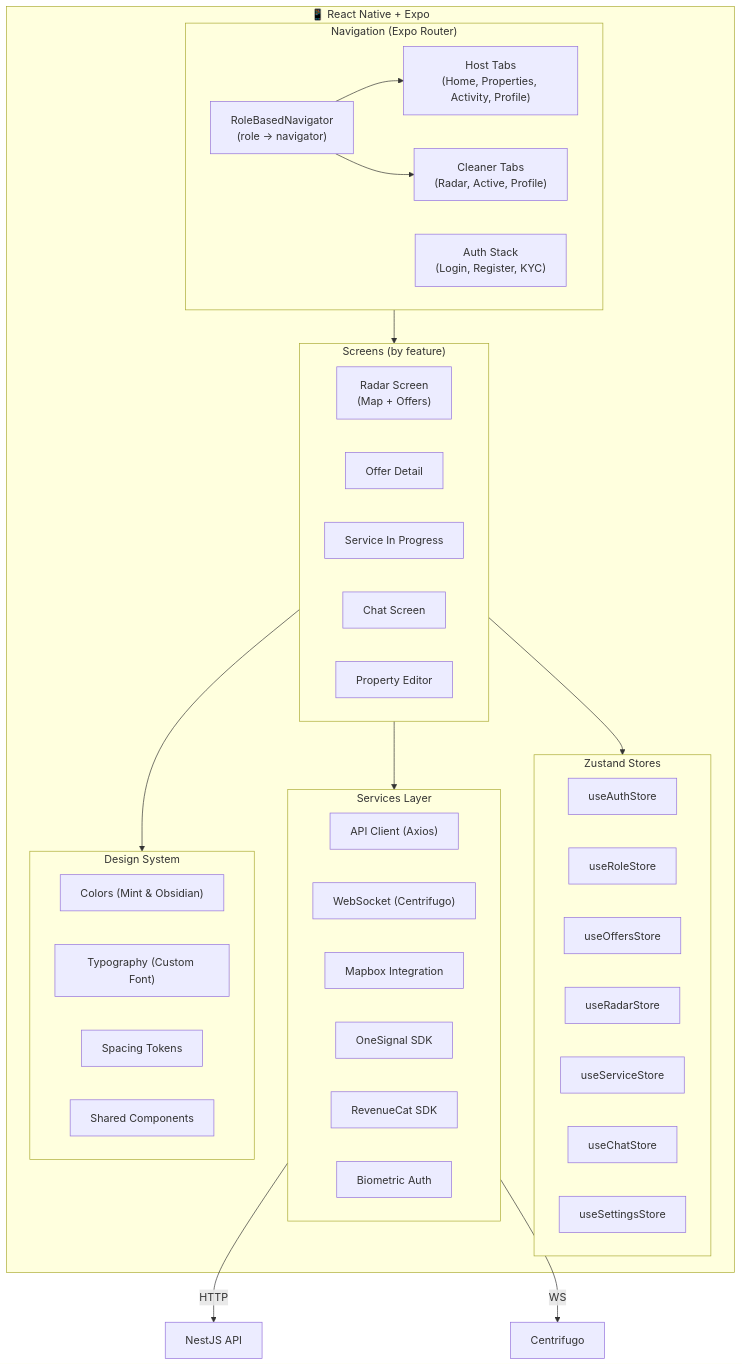
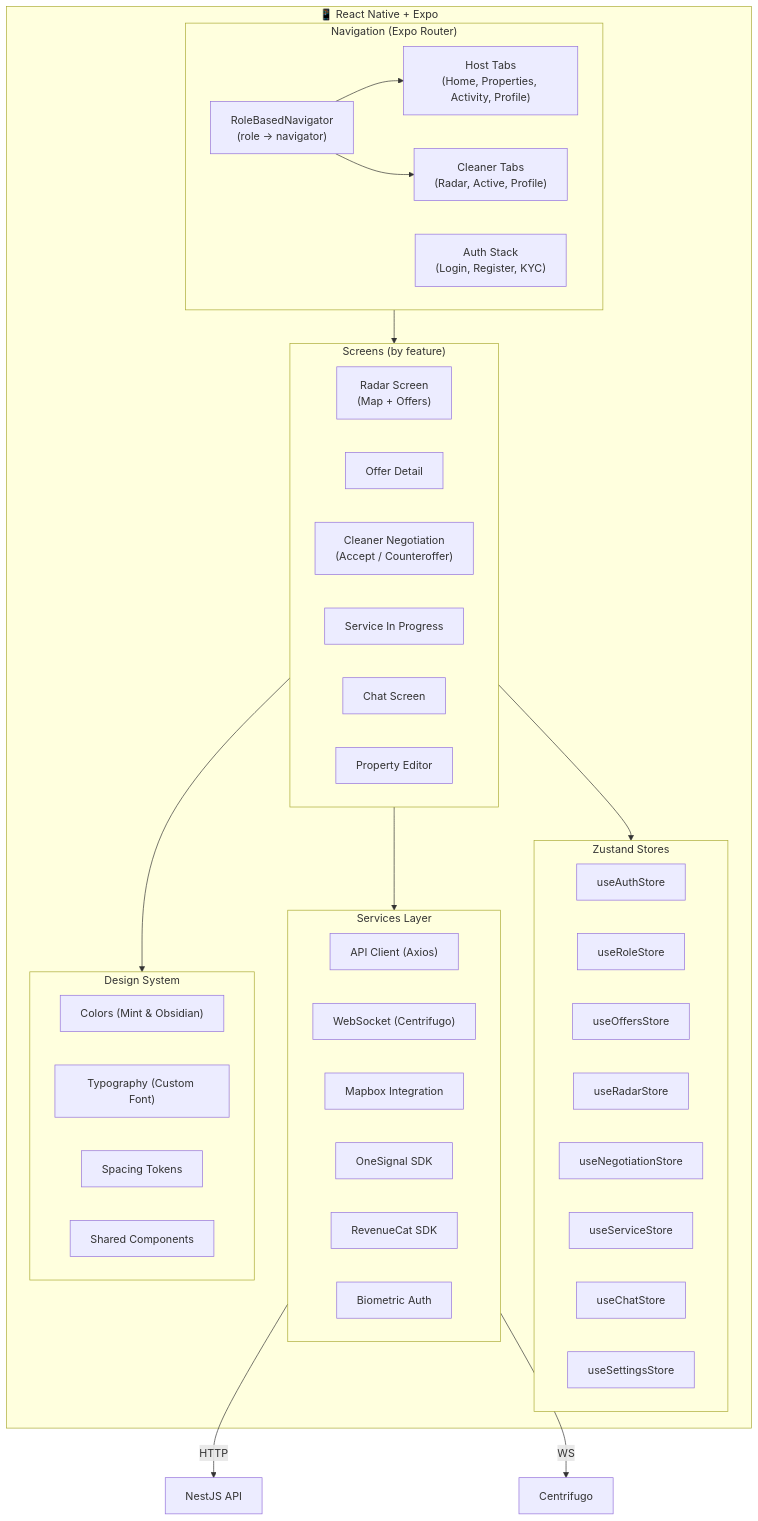
Before and after one commit to Sebastiandg007/bidclean: the second of 6 diagrams in docs/ARCHITECTURE.md, drawn with Mermaid. The commit also changed 1 other file, not shown here.

Commit message:
docs(mobile): document CleanerNegotiationScreen in README and architecture diagram

````diff
--- a/docs/ARCHITECTURE.md
+++ b/docs/ARCHITECTURE.md
@@ -96,54 +96,56 @@
 ```mermaid
 graph TB
     subgraph App["📱 React Native + Expo"]
         subgraph Navigation["Navigation (Expo Router)"]
             RoleRouter["RoleBasedNavigator<br/>(role → navigator)"]
             AuthStack["Auth Stack<br/>(Login, Register, KYC)"]
             HostTabs["Host Tabs<br/>(Home, Properties, Activity, Profile)"]
             CleanerTabs["Cleaner Tabs<br/>(Radar, Active, Profile)"]
         end
 
         subgraph Screens["Screens (by feature)"]
             Radar["Radar Screen<br/>(Map + Offers)"]
             OfferDetail["Offer Detail"]
+            Negotiation["Cleaner Negotiation<br/>(Accept / Counteroffer)"]
             Service["Service In Progress"]
             Chat["Chat Screen"]
             PropertyEdit["Property Editor"]
         end
 
         subgraph Stores["Zustand Stores"]
             AuthStore["useAuthStore"]
             RoleStore["useRoleStore"]
             OffersStore["useOffersStore"]
             RadarStore["useRadarStore"]
+            NegotiationStore["useNegotiationStore"]
             ServiceStore["useServiceStore"]
             ChatStore["useChatStore"]
             SettingsStore["useSettingsStore"]
         end
 
         subgraph Services["Services Layer"]
             APIService["API Client (Axios)"]
             SocketService["WebSocket (Centrifugo)"]
             MapService["Mapbox Integration"]
             NotifService["OneSignal SDK"]
             PurchaseService["RevenueCat SDK"]
             BiometricService["Biometric Auth"]
         end
 
         subgraph Theme["Design System"]
             Colors["Colors (Mint & Obsidian)"]
             Typography["Typography (Custom Font)"]
             Spacing["Spacing Tokens"]
             Components["Shared Components"]
         end
     end
 
     Navigation --> Screens
     RoleRouter --> HostTabs
     RoleRouter --> CleanerTabs
     Screens --> Stores
     Screens --> Services
     Screens --> Theme
     Services --> |"HTTP"| API["NestJS API"]
     Services --> |"WS"| WS["Centrifugo"]
 ```
````
